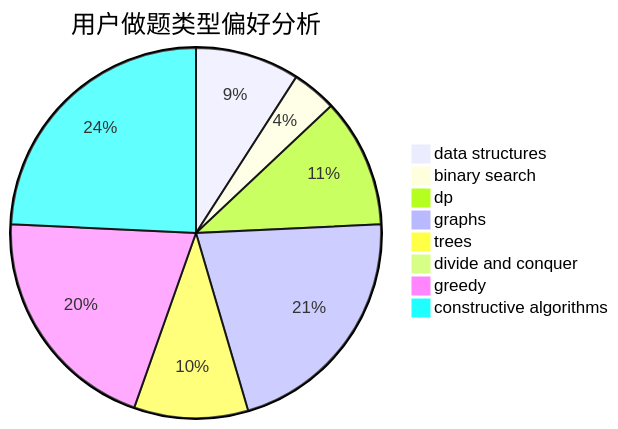
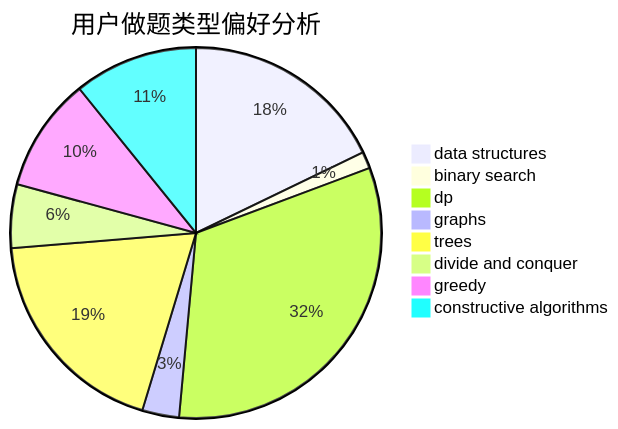
One commit to sherpahu/cfrs.github.io changed the second of 3 diagrams in docs/user/u1683.md. Above: the diagram before and after it, drawn with Mermaid. The commit also changed other lines of this file and 2770 other files, not shown here.

````diff
--- a/docs/user/u1683.md
+++ b/docs/user/u1683.md
@@ -23,11 +23,11 @@
 ```mermaid
 pie title 用户做题类型偏好分析
-    "data structures" :  21
-    "binary search" :  9
-    "dp" :  26
-    "graphs" :  49
-    "trees" :  23
-    "divide and conquer" :  2
-    "greedy" :  47
-    "constructive algorithms" :  56
+    "data structures" :  61
+    "binary search" :  5
+    "dp" :  110
+    "graphs" :  11
+    "trees" :  65
+    "divide and conquer" :  19
+    "greedy" :  34
+    "constructive algorithms" :  37
 ```
````
